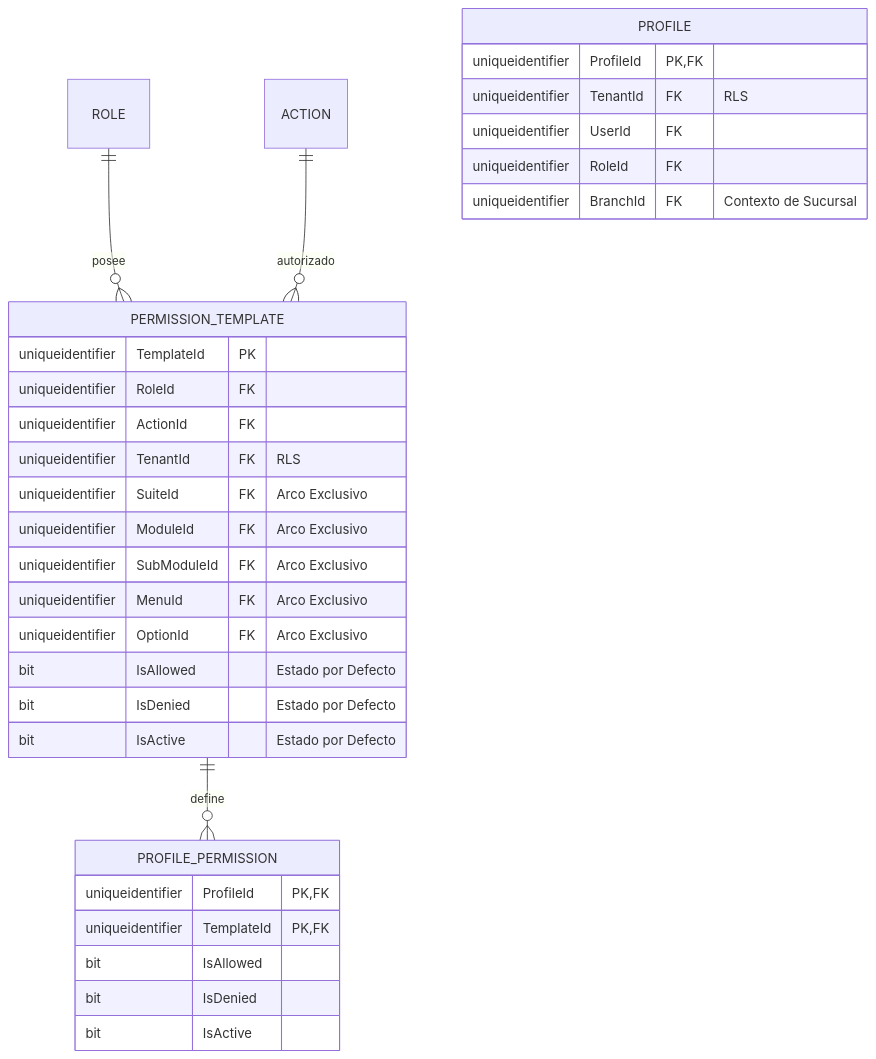
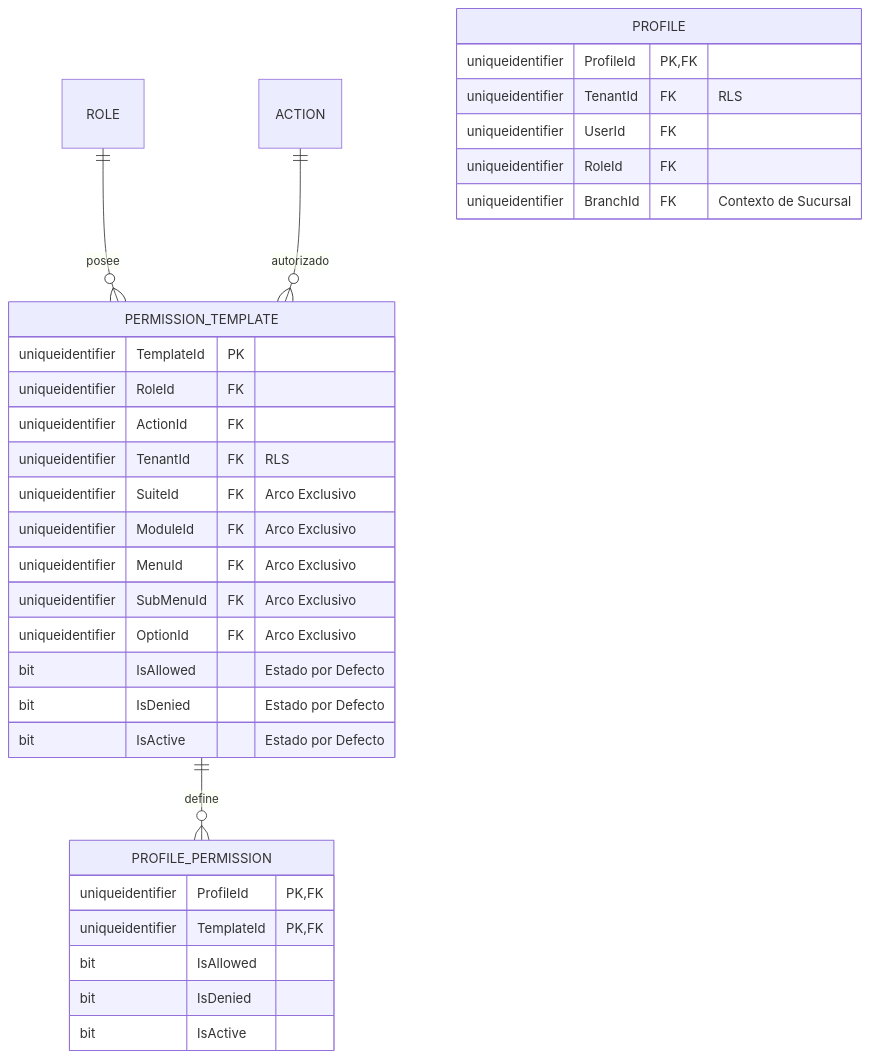
The second of 4 diagrams in docs/architecture/blueprints-es/database-design-er.md (beyondnetcode/ums), drawn with Mermaid before and after one commit. The commit also changed other lines of this file and 1 other file, not shown here.

Commit message:
docs: finalize hierarchy as System-Module-Menu-SubMenu-Option and cleanup intro text

````diff
--- a/docs/architecture/blueprints-es/database-design-er.md
+++ b/docs/architecture/blueprints-es/database-design-er.md
@@ -70,37 +69,37 @@
 ```mermaid
 erDiagram
     ROLE ||--o{ PERMISSION_TEMPLATE : "posee"
     PERMISSION_TEMPLATE ||--o{ PROFILE_PERMISSION : "define"
     ACTION ||--o{ PERMISSION_TEMPLATE : "autorizado"
     
     PERMISSION_TEMPLATE {
         uniqueidentifier TemplateId PK
         uniqueidentifier RoleId FK
         uniqueidentifier ActionId FK
         uniqueidentifier TenantId FK "RLS"
         uniqueidentifier SuiteId FK "Arco Exclusivo"
         uniqueidentifier ModuleId FK "Arco Exclusivo"
-        uniqueidentifier SubModuleId FK "Arco Exclusivo"
         uniqueidentifier MenuId FK "Arco Exclusivo"
+        uniqueidentifier SubMenuId FK "Arco Exclusivo"
         uniqueidentifier OptionId FK "Arco Exclusivo"
         bit IsAllowed "Estado por Defecto"
         bit IsDenied "Estado por Defecto"
         bit IsActive "Estado por Defecto"
     }
     
     PROFILE {
         uniqueidentifier ProfileId PK, FK
         uniqueidentifier TenantId FK "RLS"
         uniqueidentifier UserId FK
         uniqueidentifier RoleId FK
         uniqueidentifier BranchId FK "Contexto de Sucursal"
     }
     
     PROFILE_PERMISSION {
         uniqueidentifier ProfileId PK, FK
         uniqueidentifier TemplateId PK, FK
         bit IsAllowed
         bit IsDenied
         bit IsActive
     }
 ```
````
